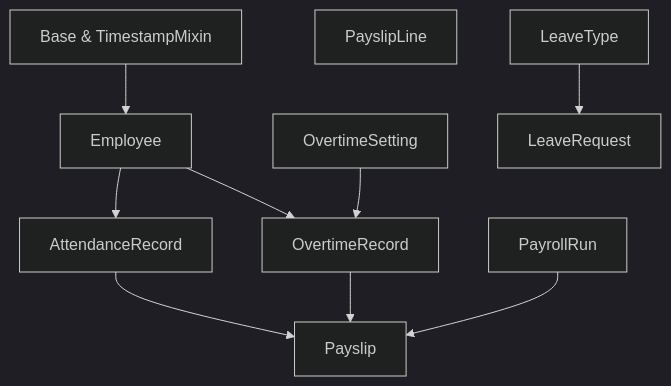
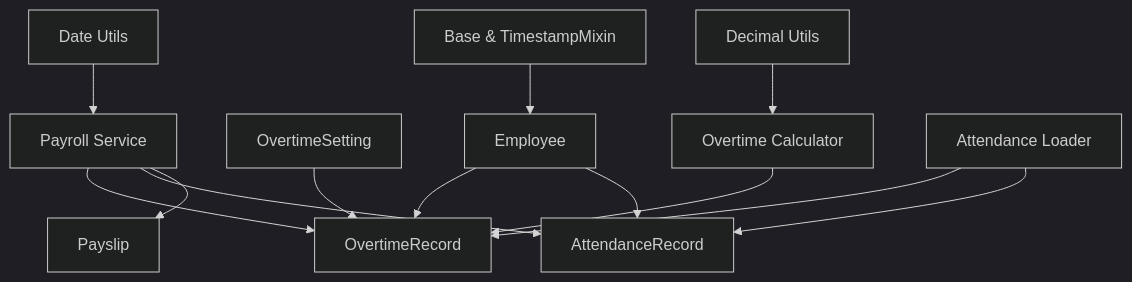
The eighth of 8 diagrams in .qoder/repowiki/en/content/Attendance & Overtime.md (bikinaplikasipakeqoder-dot/payroll-hris), drawn with Mermaid (dark theme) before and after one commit. The commit also changed other lines of this file and 22 other files, not shown here.

````diff
--- a/.qoder/repowiki/en/content/Attendance & Overtime.md
+++ b/.qoder/repowiki/en/content/Attendance & Overtime.md
@@ -496,21 +507,25 @@
 ```mermaid
 graph TB
 Base["Base & TimestampMixin"]
 Emp["Employee"]
 Att["AttendanceRecord"]
 OT["OvertimeRecord"]
 OS["OvertimeSetting"]
-PR["PayrollRun"]
-PS["Payslip"]
-PL["PayslipLine"]
-LT["LeaveType"]
-LR["LeaveRequest"]
+OTCalc["Overtime Calculator"]
+PayrollSvc["Payroll Service"]
+AttLoader["Attendance Loader"]
+DecimalUtils["Decimal Utils"]
+DateUtils["Date Utils"]
 Base --> Emp
 Emp --> Att
 Emp --> OT
 OS --> OT
-Att --> PS
-OT --> PS
-PR --> PS
-LT --> LR
+OTCalc --> OT
+PayrollSvc --> Payslip
+PayrollSvc --> Att
+PayrollSvc --> OT
+AttLoader --> Att
+AttLoader --> OT
+DecimalUtils --> OTCalc
+DateUtils --> PayrollSvc
 ```
````
